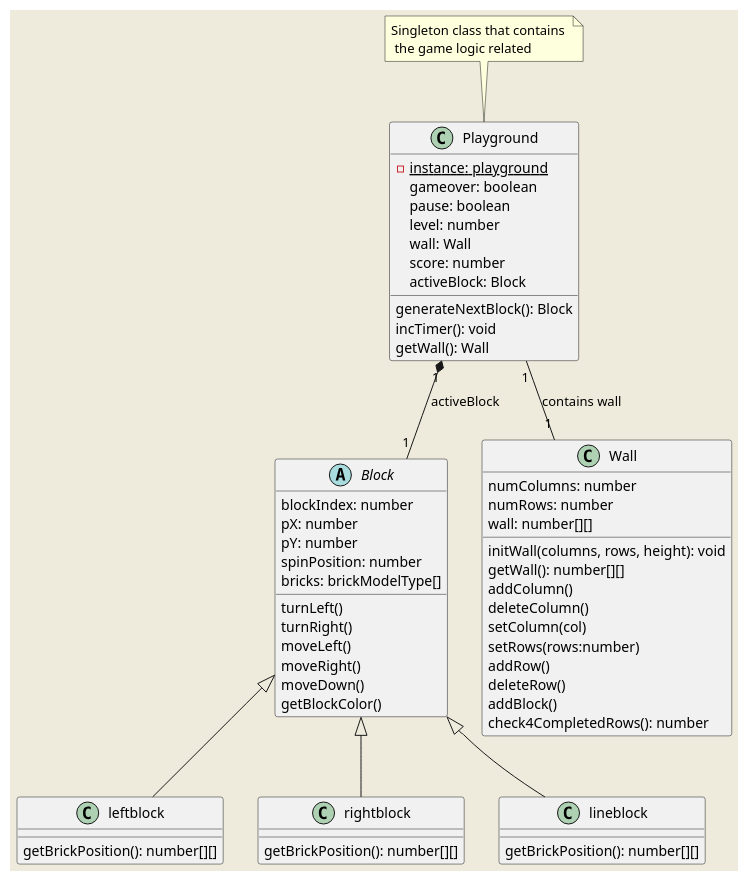
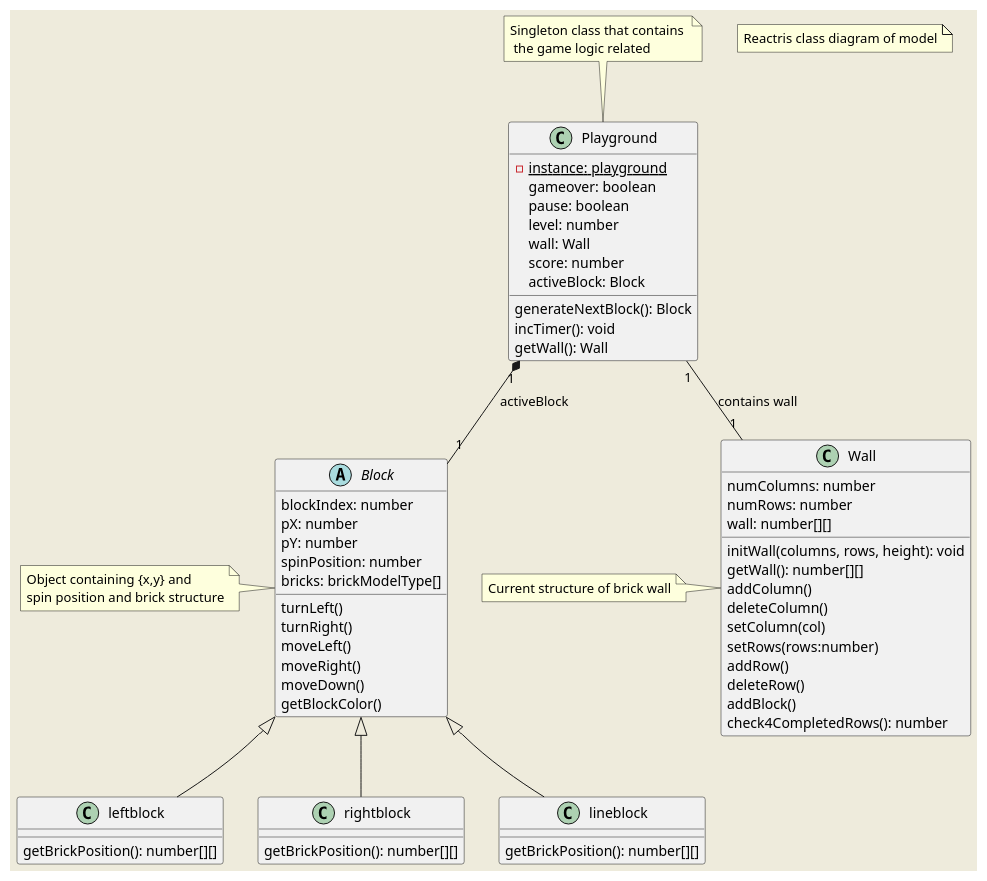
Before and after one commit to pertan4711/reactris: the diagram in doc/uml/domain_model.puml, drawn with PlantUML. The commit also changed other lines of this file and 1 other file, not shown here.

```diff
--- a/doc/uml/domain_model.puml
+++ b/doc/uml/domain_model.puml
@@ -1,75 +2,80 @@
 @startuml Domain Model
 skinparam BackgroundColor #EEEBDC
+note "Reactris class diagram of model" as diagramtext
 
 abstract class "Block" as Block {
   blockIndex: number
   pX: number
   pY: number
   spinPosition: number
   bricks: brickModelType[]
   turnLeft()
   turnRight()
   moveLeft()
   moveRight()
   moveDown()
   getBlockColor()
 }
+
+note left of Block : Object containing {x,y} and\nspin position and brick structure
 
 class leftblock extends Block {
   getBrickPosition(): number[][]
 }
 
 class rightblock extends Block {
   getBrickPosition(): number[][]
 }
 
 class lineblock extends Block {
   getBrickPosition(): number[][]
 }
 
 class "Playground" as Playground {
   - {static} instance: playground
   gameover: boolean
   pause: boolean
   level: number
   wall: Wall
   score: number
   activeBlock: Block
   ' initWallHeight: number
   ' brickSize: number
   ' brickSpace: number
   ' windowSizeX: number
   ' windowSizeY: number
   
   'getInstance(winX: number, winY: number): playground
   generateNextBlock(): Block
   incTimer(): void
   ' reset(): void
   getWall(): Wall
   ' getScore(): number
   ' updateBlockWallStatus(): void
 }
 
 note top of Playground : Singleton class that contains \n the game logic related
 
 class "Wall" as Wall {
   numColumns: number
   numRows: number
   wall: number[][]
   initWall(columns, rows, height): void
   getWall(): number[][]
   addColumn()
   deleteColumn()
   setColumn(col)
   setRows(rows:number)
   addRow()
   deleteRow()
   addBlock()
   check4CompletedRows(): number
 }
 
+note left of Wall : Current structure of brick wall
+
 Playground "1" *-- "1" Block : activeBlock
 Playground "1" -- "1" Wall : contains wall
 
 
 @enduml
```
